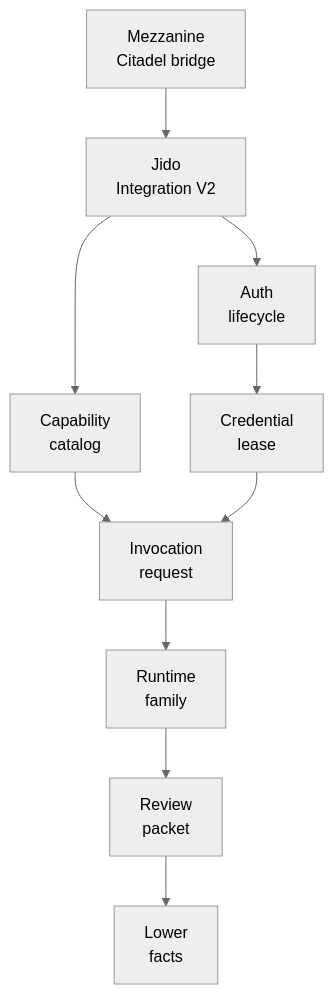
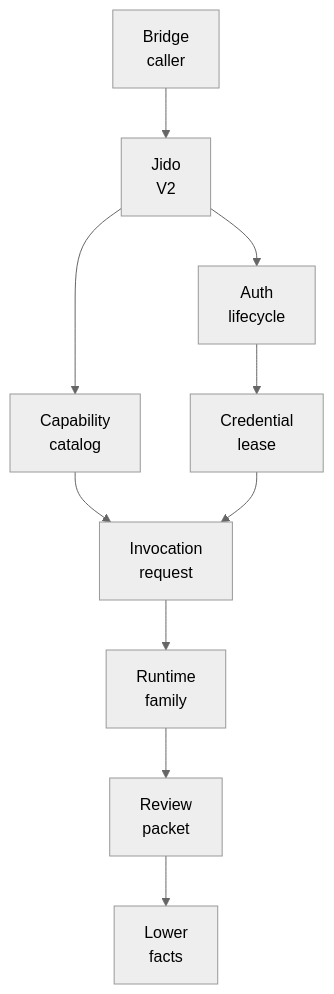
Before and after one commit to agentjido/jido_integration: the first of 4 diagrams in README.md, drawn with Mermaid (neutral theme). The commit also changed other lines of this file, not shown here.

Commit message:
docs: expand README developer diagrams

````diff
--- a/README.md
+++ b/README.md
@@ -123,12 +123,12 @@
 ```mermaid
 flowchart TD
-  Caller["Mezzanine<br/>Citadel bridge"] --> Facade["Jido<br/>Integration V2"]
+  Caller["Bridge<br/>caller"] --> Facade["Jido<br/>V2"]
   Facade --> Catalog["Capability<br/>catalog"]
   Facade --> Auth["Auth<br/>lifecycle"]
   Auth --> Lease["Credential<br/>lease"]
   Catalog --> Invoke["Invocation<br/>request"]
   Lease --> Invoke
   Invoke --> Runtime["Runtime<br/>family"]
   Runtime --> Review["Review<br/>packet"]
   Review --> LowerFacts["Lower<br/>facts"]
 ```
````
